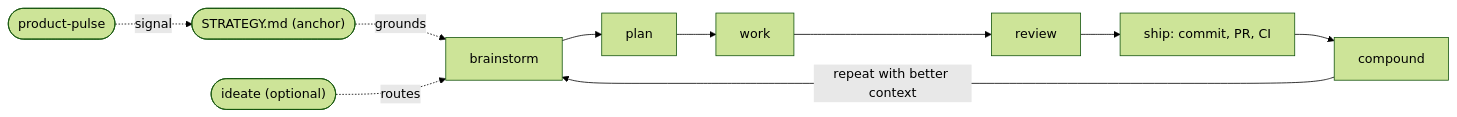
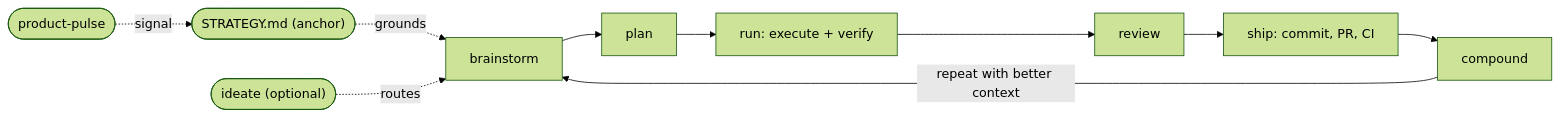
One commit to akornmeier/super-looper changed the diagram in README.md. Above: the diagram before and after it, drawn with Mermaid (forest theme). The commit also changed other lines of this file and 33 other files, not shown here.

````diff
--- a/README.md
+++ b/README.md
@@ -30,8 +30,8 @@
 ```mermaid
 flowchart LR
   S(["STRATEGY.md (anchor)"]) -. grounds .-> B
   I(["ideate (optional)"]) -. routes .-> B
-  B["brainstorm"] --> P["plan"] --> W["work"] --> R["review"] --> SH["ship: commit, PR, CI"] --> C["compound"]
+  B["brainstorm"] --> P["plan"] --> W["run: execute + verify"] --> R["review"] --> SH["ship: commit, PR, CI"] --> C["compound"]
   C -->|"repeat with better context"| B
   PP(["product-pulse"]) -. signal .-> S
 ```
````
